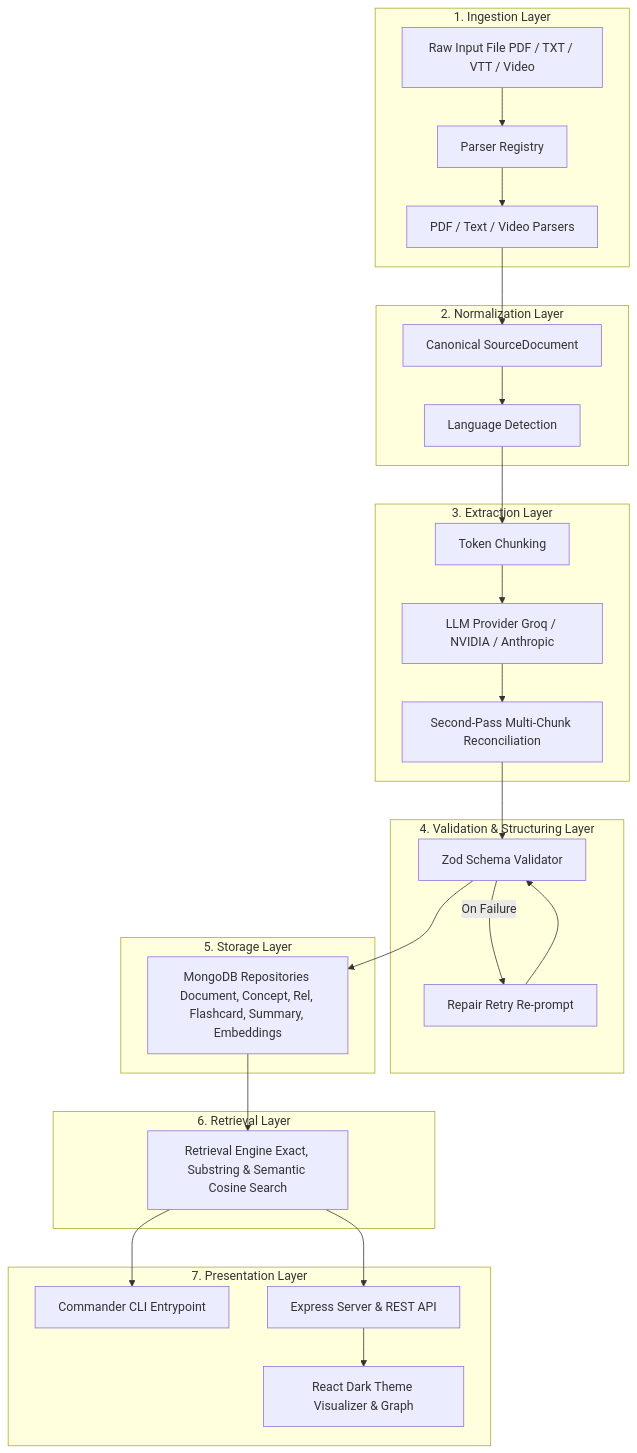
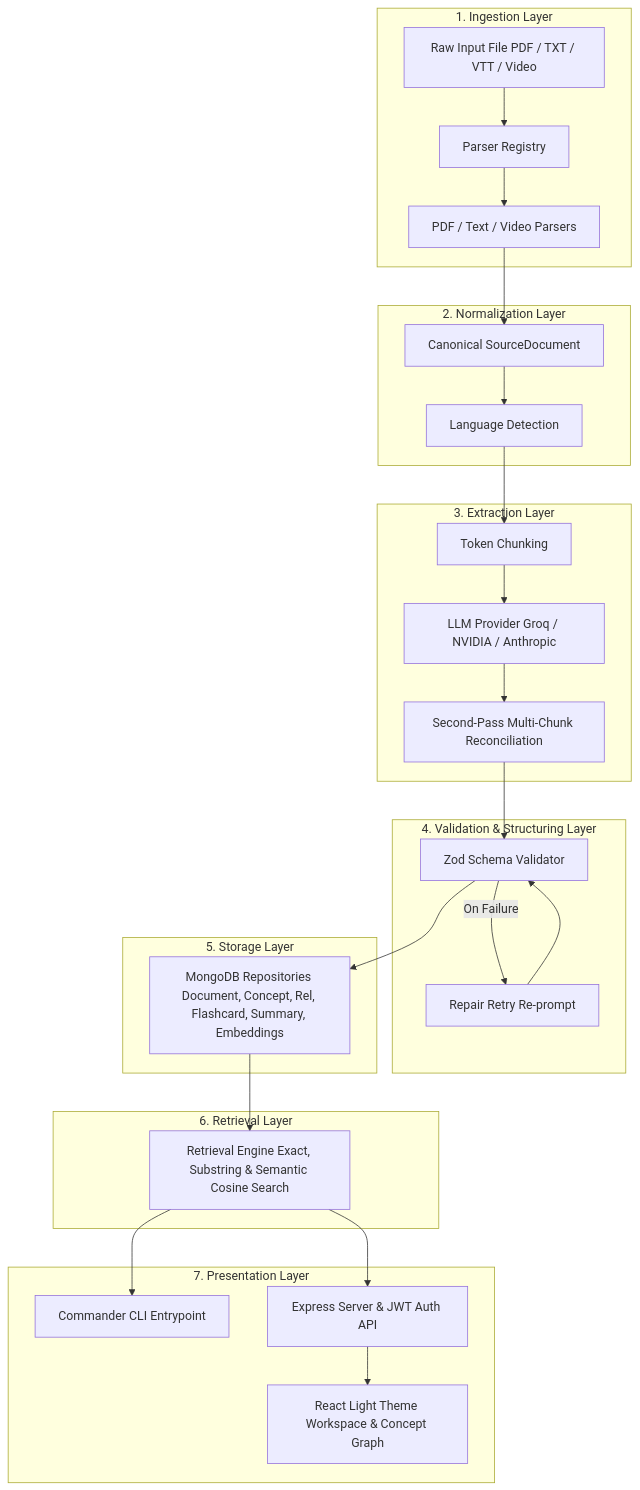
The diagram in README.md (nikhilkumarjain09/Multi-Source-Learning-Content-Ingestion-Structured-Output-Generation), drawn with Mermaid before and after one commit. The commit also changed other lines of this file and 16 other files, not shown here.

````diff
--- a/README.md
+++ b/README.md
@@ -11,38 +15,38 @@
 ```mermaid
 graph TD
     subgraph Ingestion ["1. Ingestion Layer"]
         A[Raw Input File PDF / TXT / VTT / Video] --> B[Parser Registry]
         B --> C[PDF / Text / Video Parsers]
     end
 
     subgraph Normalization ["2. Normalization Layer"]
         C --> D[Canonical SourceDocument]
         D --> E[Language Detection]
     end
 
     subgraph Extraction ["3. Extraction Layer"]
         E --> F[Token Chunking]
         F --> G[LLM Provider Groq / NVIDIA / Anthropic]
         G --> H[Second-Pass Multi-Chunk Reconciliation]
     end
 
     subgraph Validation ["4. Validation & Structuring Layer"]
         H --> I[Zod Schema Validator]
         I -- On Failure --> J[Repair Retry Re-prompt]
         J --> I
     end
 
     subgraph Storage ["5. Storage Layer"]
         I --> K[MongoDB Repositories Document, Concept, Rel, Flashcard, Summary, Embeddings]
     end
 
     subgraph Retrieval ["6. Retrieval Layer"]
         K --> L[Retrieval Engine Exact, Substring & Semantic Cosine Search]
     end
 
     subgraph Presentation ["7. Presentation Layer"]
         L --> M[Commander CLI Entrypoint]
-        L --> N[Express Server & REST API]
-        N --> O[React Dark Theme Visualizer & Graph]
+        L --> N[Express Server & JWT Auth API]
+        N --> O[React Light Theme Workspace & Concept Graph]
     end
 ```
````
